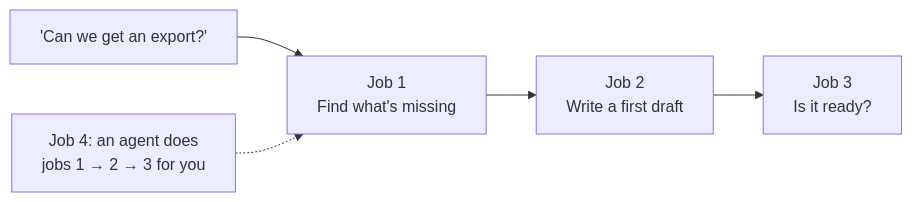
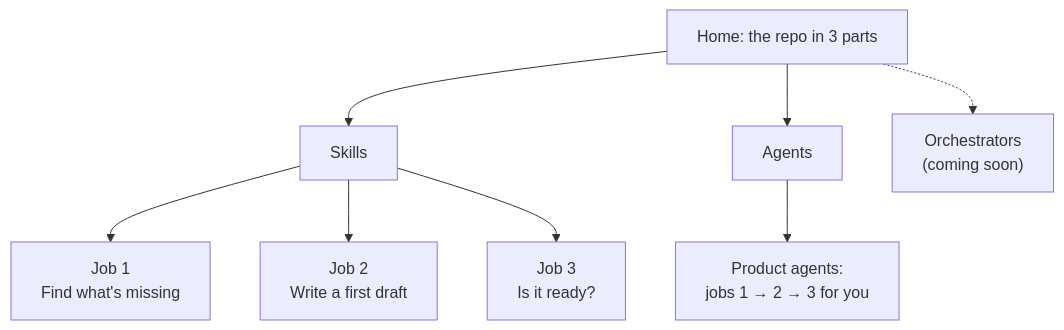
Before and after one commit to khadir-syed/k_ai-agent-skills: the diagram in web/README.md, drawn with Mermaid. The commit also changed other lines of this file and 26 other files, not shown here.

First line of the commit message:
Restructure web explainer into skills, agents and orchestrators; add all 12 skills

````diff
--- a/web/README.md
+++ b/web/README.md
@@ -24,7 +30,8 @@
 ```mermaid
-flowchart LR
-    A["'Can we get an export?'"] --> B["Job 1<br/>Find what's missing"]
-    B --> C["Job 2<br/>Write a first draft"]
-    C --> D["Job 3<br/>Is it ready?"]
-    E["Job 4: an agent does<br/>jobs 1 → 2 → 3 for you"] -.-> B
+flowchart TD
+    H["Home: the repo in 3 parts"] --> S["Skills"]
+    H --> A["Agents"]
+    H -.-> O["Orchestrators<br/>(coming soon)"]
+    S --> F["Job 1<br/>Find what's missing"] & D["Job 2<br/>Write a first draft"] & C["Job 3<br/>Is it ready?"]
+    A --> T["Product agents:<br/>jobs 1 → 2 → 3 for you"]
 ```
````
